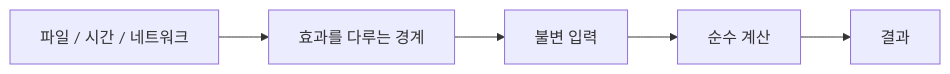
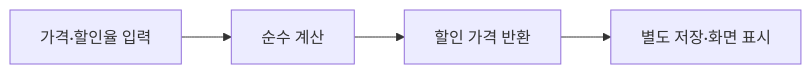
Before and after one commit to moocongpapa/it-study: the diagram in content/topics/functional-programming.md, drawn with Mermaid. The commit also changed other lines of this file and 71 other files, not shown here.

````diff
--- a/content/topics/functional-programming.md
+++ b/content/topics/functional-programming.md
@@ -6,5 +20,5 @@
 ```mermaid
 flowchart LR
-  I["불변 입력"] --> P["순수 계산"] --> O["결과"]
-  E["파일 / 시간 / 네트워크"] --> B["효과를 다루는 경계"] --> I
+ A["가격·할인율 입력"] --> B["순수 계산"] --> C["할인 가격 반환"]
+ C --> D["별도 저장·화면 표시"]
 ```
````
